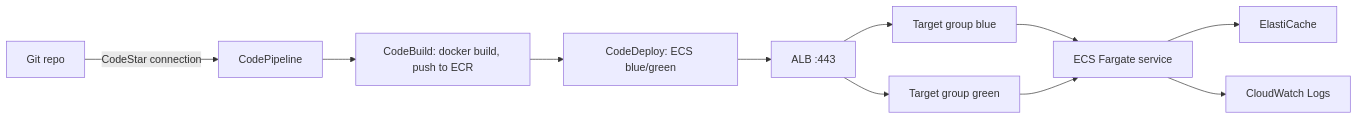
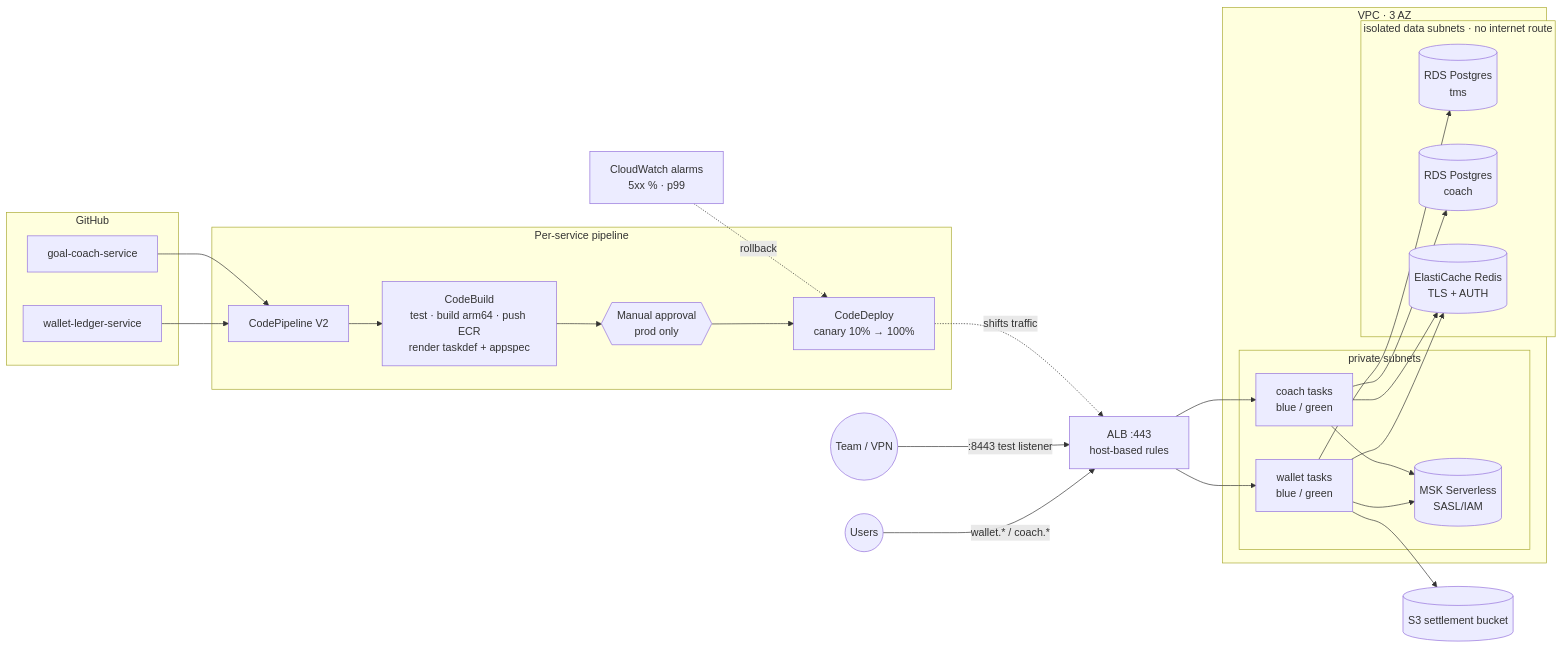
The diagram in README.md (viren97/terraform-aws-ecs-platform), drawn with Mermaid before and after one commit. The commit also changed other lines of this file and 102 other files, not shown here.

First line of the commit message:
Rebuild as a platform for wallet-ledger and goal-coach services

````diff
--- a/README.md
+++ b/README.md
@@ -7,13 +20,44 @@
 ```mermaid
 flowchart LR
-  GH[Git repo] -->|CodeStar connection| CP[CodePipeline]
-  CP --> CB[CodeBuild: docker build, push to ECR]
-  CB --> CD[CodeDeploy: ECS blue/green]
-  CD --> ALB[ALB :443]
-  ALB --> BLUE[Target group blue]
-  ALB --> GREEN[Target group green]
-  BLUE --> ECS[ECS Fargate service]
-  GREEN --> ECS
-  ECS --> REDIS[ElastiCache]
-  ECS --> CW[CloudWatch Logs]
+  subgraph GitHub
+    W[wallet-ledger-service]
+    C[goal-coach-service]
+  end
+
+  subgraph Delivery["Per-service pipeline"]
+    CP[CodePipeline V2] --> CB[CodeBuild<br/>test · build arm64 · push ECR<br/>render taskdef + appspec]
+    CB --> AP{{Manual approval<br/>prod only}}
+    AP --> CD[CodeDeploy<br/>canary 10% → 100%]
+  end
+
+  W --> CP
+  C --> CP
+
+  U((Users)) -->|wallet.* / coach.*| ALB[ALB :443<br/>host-based rules]
+  QA((Team / VPN)) -->|:8443 test listener| ALB
+
+  subgraph VPC["VPC · 3 AZ"]
+    subgraph Private["private subnets"]
+      WS[wallet tasks<br/>blue / green]
+      CS[coach tasks<br/>blue / green]
+      MSK[(MSK Serverless<br/>SASL/IAM)]
+    end
+    subgraph Data["isolated data subnets · no internet route"]
+      WDB[(RDS Postgres<br/>tms)]
+      CDB[(RDS Postgres<br/>coach)]
+      R[(ElastiCache Redis<br/>TLS + AUTH)]
+    end
+  end
+
+  ALB --> WS
+  ALB --> CS
+  CD -.shifts traffic.-> ALB
+  WS --> WDB
+  CS --> CDB
+  WS --> R
+  CS --> R
+  WS --> MSK
+  CS --> MSK
+  WS --> S3[(S3 settlement bucket)]
+  CW[CloudWatch alarms<br/>5xx % · p99] -.rollback.-> CD
 ```
````
